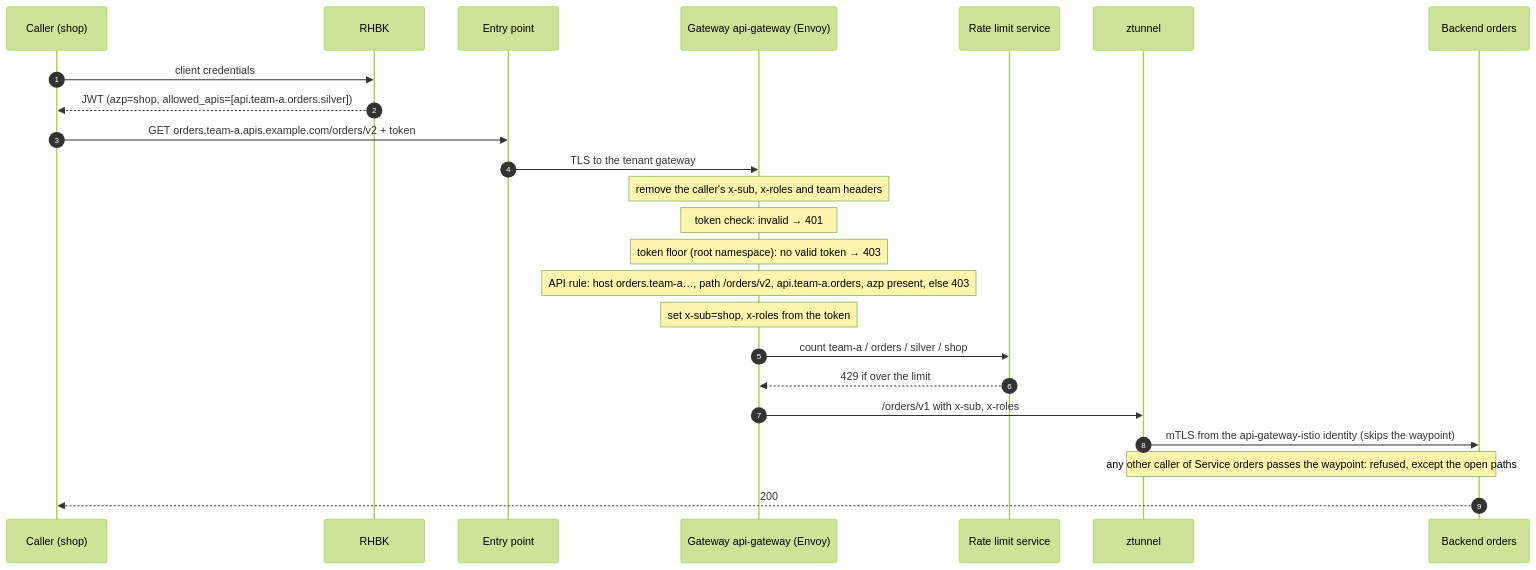
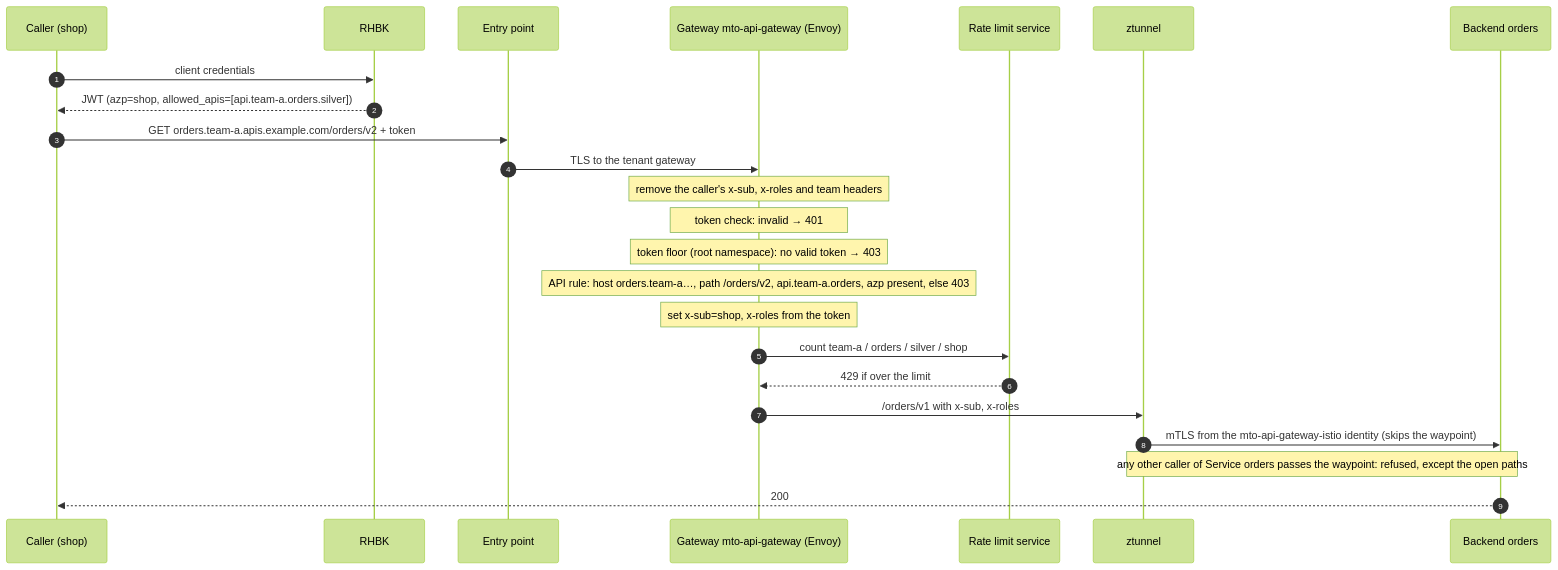
One commit to stakater/mto-extension-api-gateway changed the third of 6 diagrams in docs/diagrams.md. Above: the diagram before and after it, drawn with Mermaid (forest theme). The commit also changed other lines of this file and 19 other files, not shown here.

````diff
--- a/docs/diagrams.md
+++ b/docs/diagrams.md
@@ -82,26 +82,26 @@
 ```mermaid
 sequenceDiagram
   autonumber
   participant C as Caller (shop)
   participant K as RHBK
   participant E as Entry point
-  participant G as Gateway api-gateway (Envoy)
+  participant G as Gateway mto-api-gateway (Envoy)
   participant R as Rate limit service
   participant Z as ztunnel
   participant B as Backend orders
   C->>K: client credentials
   K-->>C: JWT (azp=shop, allowed_apis=[api.team-a.orders.silver])
   C->>E: GET orders.team-a.apis.example.com/orders/v2 + token
   E->>G: TLS to the tenant gateway
   Note over G: remove the caller's x-sub, x-roles and team headers
   Note over G: token check: invalid → 401
   Note over G: token floor (root namespace): no valid token → 403
   Note over G: API rule: host orders.team-a…, path /orders/v2, api.team-a.orders, azp present, else 403
   Note over G: set x-sub=shop, x-roles from the token
   G->>R: count team-a / orders / silver / shop
   R-->>G: 429 if over the limit
   G->>Z: /orders/v1 with x-sub, x-roles
-  Z->>B: mTLS from the api-gateway-istio identity (skips the waypoint)
+  Z->>B: mTLS from the mto-api-gateway-istio identity (skips the waypoint)
   Note over Z,B: any other caller of Service orders passes the waypoint: refused, except the open paths
   B-->>C: 200
 ```
````
